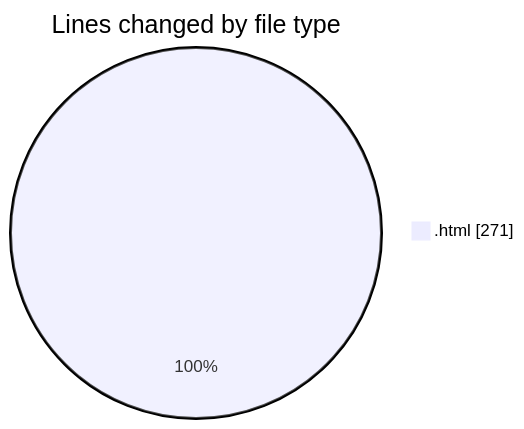
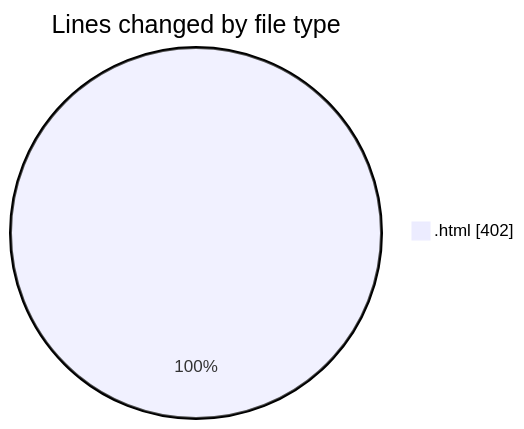
Before and after one commit to nxtqubesakshisongat/code-tracking: the first of 2 diagrams in 2025-08-10/nxtqube_webapp/README.md, drawn with Mermaid. The commit also changed other lines of this file and 1 other file, not shown here.

````diff
--- a/2025-08-10/nxtqube_webapp/README.md
+++ b/2025-08-10/nxtqube_webapp/README.md
@@ -21,5 +21,5 @@
 ```mermaid
 pie showData
 title Lines changed by file type
-".html" : 271
+".html" : 402
 ```
````
